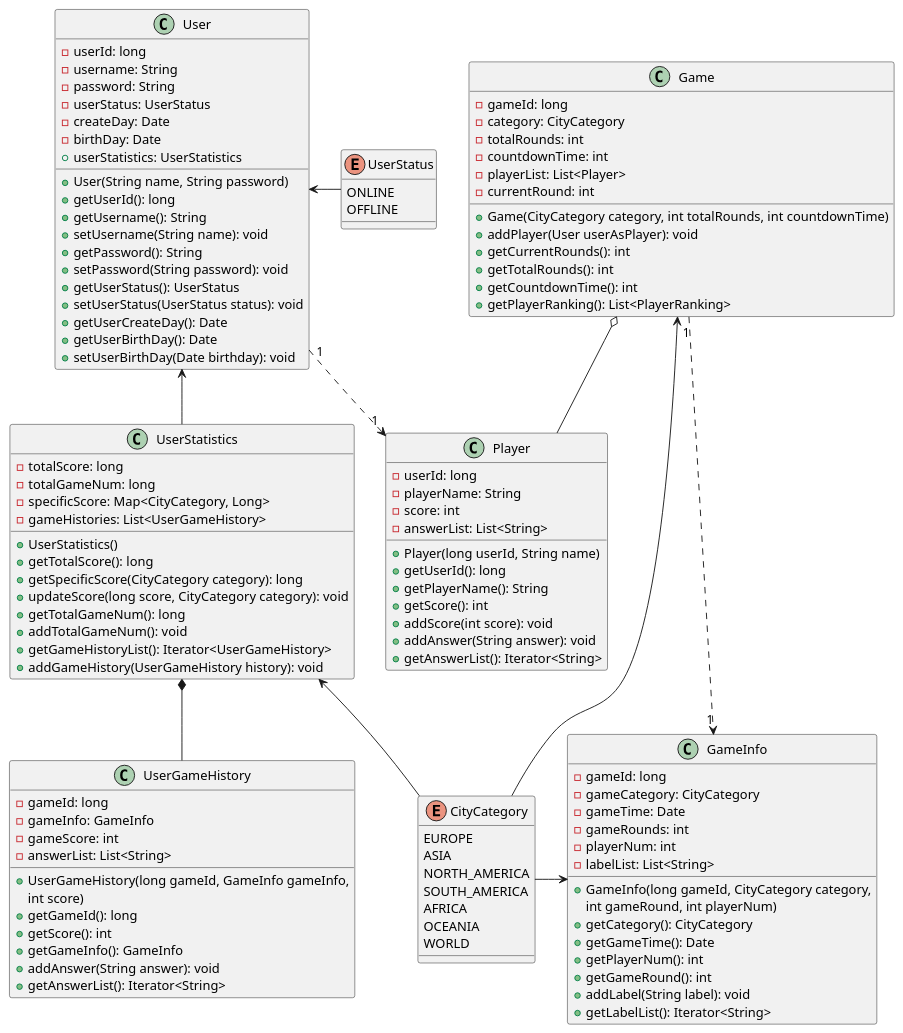
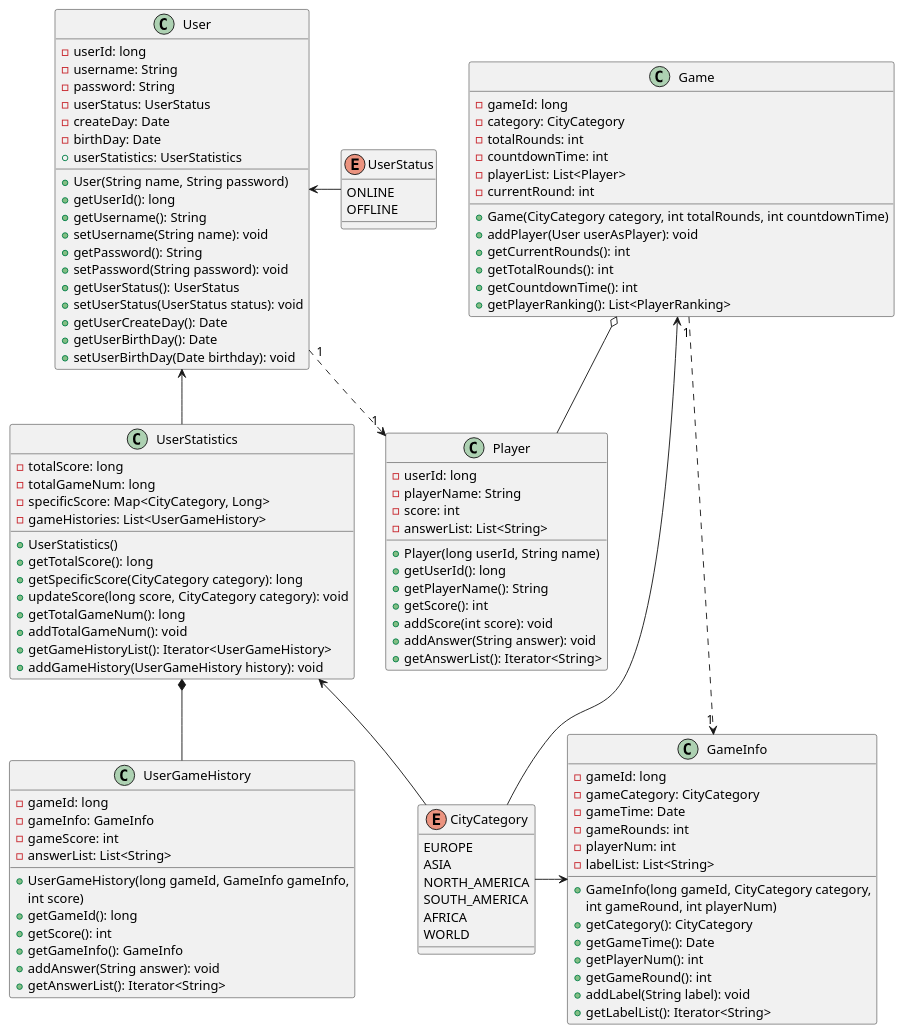
The diagram in src/uml/GuessCityClass.puml (sopra-fs23-group-32/SoPra23_Server), drawn with PlantUML before and after one commit. The commit also changed 5 other files, not shown here.

```diff
--- a/src/uml/GuessCityClass.puml
+++ b/src/uml/GuessCityClass.puml
@@ -1,143 +1,142 @@
 @startuml
 'https://plantuml.com/class-diagram
 
 enum UserStatus {
     ONLINE
     OFFLINE
 }
 
 enum CityCategory {
     EUROPE
     ASIA
     NORTH_AMERICA
     SOUTH_AMERICA
     AFRICA
-    OCEANIA
     WORLD
 }
 
 class User {
     - userId: long
     - username: String
     - password: String
     - userStatus: UserStatus
     - createDay: Date
     - birthDay: Date
     + userStatistics: UserStatistics
     + User(String name, String password)
     + getUserId(): long
     + getUsername(): String
     + setUsername(String name): void
     + getPassword(): String
     + setPassword(String password): void
     + getUserStatus(): UserStatus
     + setUserStatus(UserStatus status): void
     + getUserCreateDay(): Date
     + getUserBirthDay(): Date
     + setUserBirthDay(Date birthday): void
 }
 
 class UserStatistics {
     - totalScore: long
     - totalGameNum: long
     - specificScore: Map<CityCategory, Long>
     - gameHistories: List<UserGameHistory>
     + UserStatistics()
     + getTotalScore(): long
     + getSpecificScore(CityCategory category): long
     + updateScore(long score, CityCategory category): void
     + getTotalGameNum(): long
     + addTotalGameNum(): void
     + getGameHistoryList(): Iterator<UserGameHistory>
     + addGameHistory(UserGameHistory history): void
 }
 
 class UserGameHistory {
     - gameId: long
     - gameInfo: GameInfo
     - gameScore: int
     - answerList: List<String>
     + UserGameHistory(long gameId, GameInfo gameInfo,
       int score)
     + getGameId(): long
     + getScore(): int
     + getGameInfo(): GameInfo
     + addAnswer(String answer): void
     + getAnswerList(): Iterator<String>
 }
 
 User <-- UserStatistics
 User <- UserStatus
 UserStatistics *-- UserGameHistory
 UserStatistics <-- CityCategory
 
 class Game {
     - gameId: long
     - category: CityCategory
     - totalRounds: int
     - countdownTime: int
     - playerList: List<Player>
     - currentRound: int
 
     + Game(CityCategory category, int totalRounds, int countdownTime)
     + addPlayer(User userAsPlayer): void
     + getCurrentRounds(): int
     + getTotalRounds(): int
     + getCountdownTime(): int
     + getPlayerRanking(): List<PlayerRanking>
 }
 
 class Player {
     - userId: long
     - playerName: String
     - score: int
     - answerList: List<String>
     + Player(long userId, String name)
     + getUserId(): long
     + getPlayerName(): String
     + getScore(): int
     + addScore(int score): void
     + addAnswer(String answer): void
     + getAnswerList(): Iterator<String>
 }
 
 'class PlayerRanking {
 '    - playerName: String
 '    - rank: int
 '    + PlayerRanking(String name, int rank)
 '    + getPlayerName(): String
 '    + getRank(): int
 '}
 
 class GameInfo {
     - gameId: long
     - gameCategory: CityCategory
     - gameTime: Date
     - gameRounds: int
     - playerNum: int
     - labelList: List<String>
     + GameInfo(long gameId, CityCategory category,
       int gameRound, int playerNum)
     + getCategory(): CityCategory
     + getGameTime(): Date
     + getPlayerNum(): int
     + getGameRound(): int
     + addLabel(String label): void
     + getLabelList(): Iterator<String>
 }
 
 User "1"..>"1" Player
 Game o- Player
 
 Game <--- CityCategory
 Game "1"..>"1" GameInfo
 CityCategory -> GameInfo
 
 
 
 'CityCategory <|-- EuroCity
 'CityCategory <|--- AsiaCity
 'CityCategory <|--- NorthAmericaCity
 'CityCategory <|---- WorldCity
 
 @enduml
```
